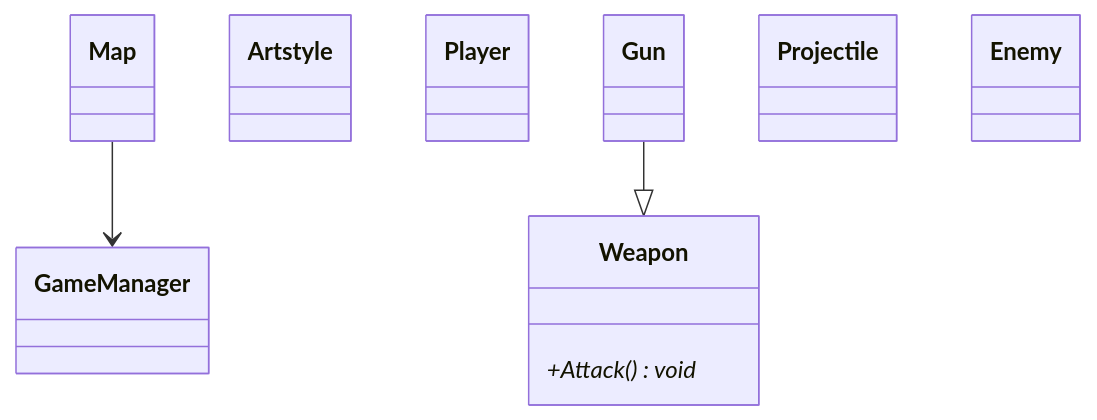
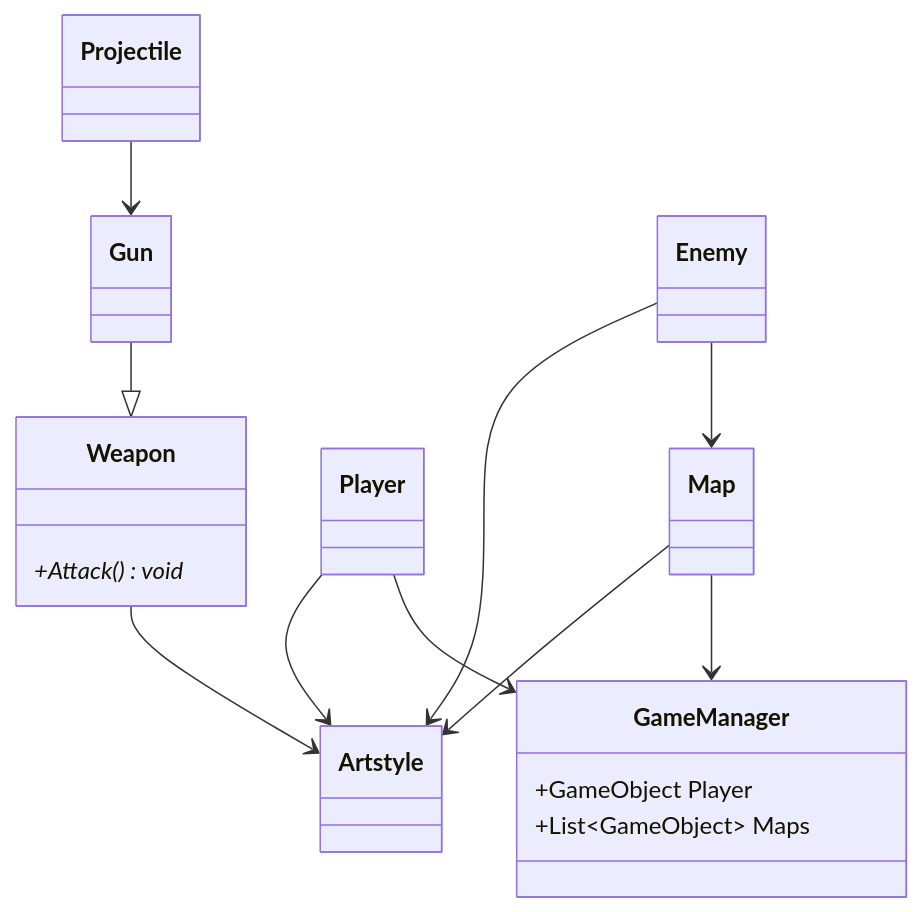
Before and after one commit to dninemfive/170-jam-1: the diagram in specs/data structure diagram.md, drawn with Mermaid. The commit also changed 8 other files, not shown here.

Commit message:
work on diagram; Board<T> abstraction; autodoc comments

````diff
--- a/specs/data structure diagram.md
+++ b/specs/data structure diagram.md
@@ -2,15 +2,25 @@
 ```mermaid
 classDiagram
-class GameManager { }
+class GameManager{
+	+GameObject Player
+	+List~GameObject~ Maps	
+}
 class Map { }
 Map --> GameManager
 class Artstyle { }
 class Player { }
+Player --> GameManager
+Player --> Artstyle
 class Weapon {
 	+Attack()* void
 }
+Weapon --> Artstyle
 class Gun { }
 Gun --|> Weapon
 class Projectile { }
+Projectile --> Gun
 class Enemy { }
+Enemy --> Map
+Enemy --> Artstyle
+Map --> Artstyle
 ```
````
